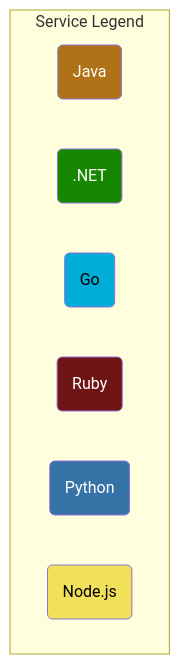
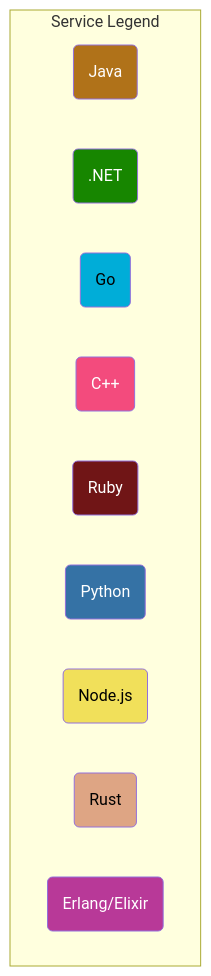
One commit to mohamed3637/opentelemetry-demo changed the second of 2 diagrams in README.md. Above: the diagram before and after it, drawn with Mermaid. The commit also changed other lines of this file, not shown here.

First line of the commit message:
Updating current architecture (#202)

````diff
--- a/README.md
+++ b/README.md
@@ -172,22 +181,25 @@
 ```mermaid
 graph TD
 subgraph Service Legend
   javasvc(Java):::java
   dotnetsvc(.NET):::dotnet
   golangsvc(Go):::golang
+  cppsvc(C++):::cpp
   rubysvc(Ruby):::ruby
   pythonsvc(Python):::python
   nodesvc(Node.js):::nodejs
+  rustsvc(Rust):::rust
+  erlangsvc(Erlang/Elixir):::erlang
 end
 
 classDef java fill:#b07219,color:white;
 classDef dotnet fill:#178600,color:white;
 classDef golang fill:#00add8,color:black;
 classDef cpp fill:#f34b7d,color:white;
 classDef ruby fill:#701516,color:white;
 classDef python fill:#3572A5,color:white;
 classDef nodejs fill:#f1e05a,color:black;
 classDef rust fill:#dea584,color:black;
 classDef erlang fill:#b83998,color:white;
 classDef php fill:#4f5d95,color:white;
 ```
````
